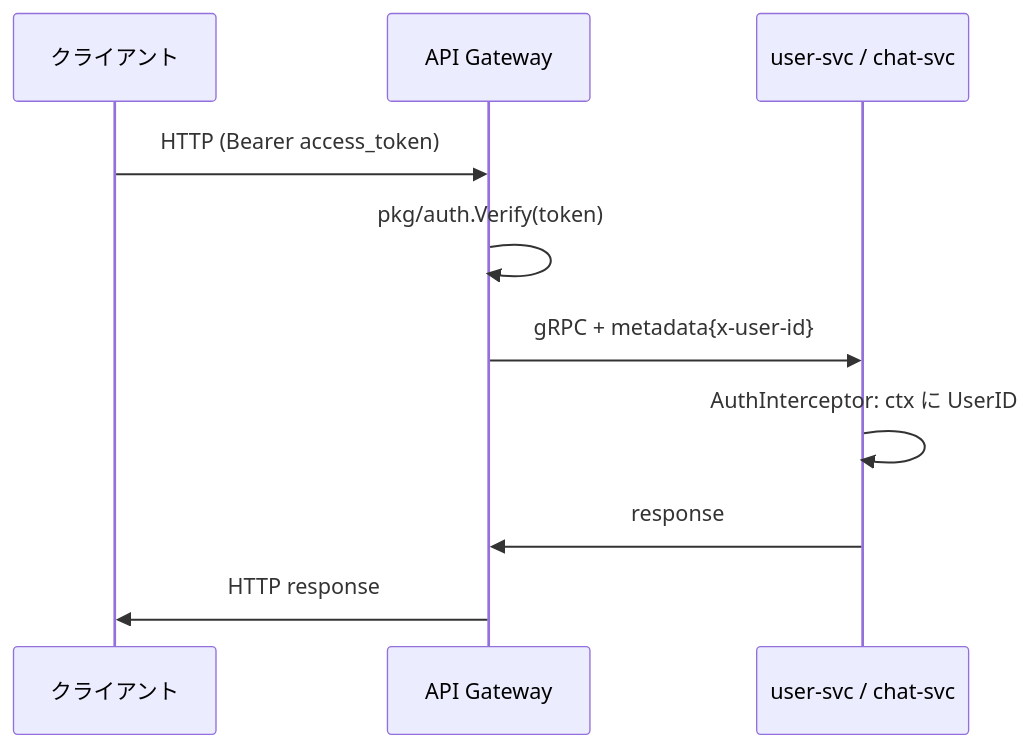
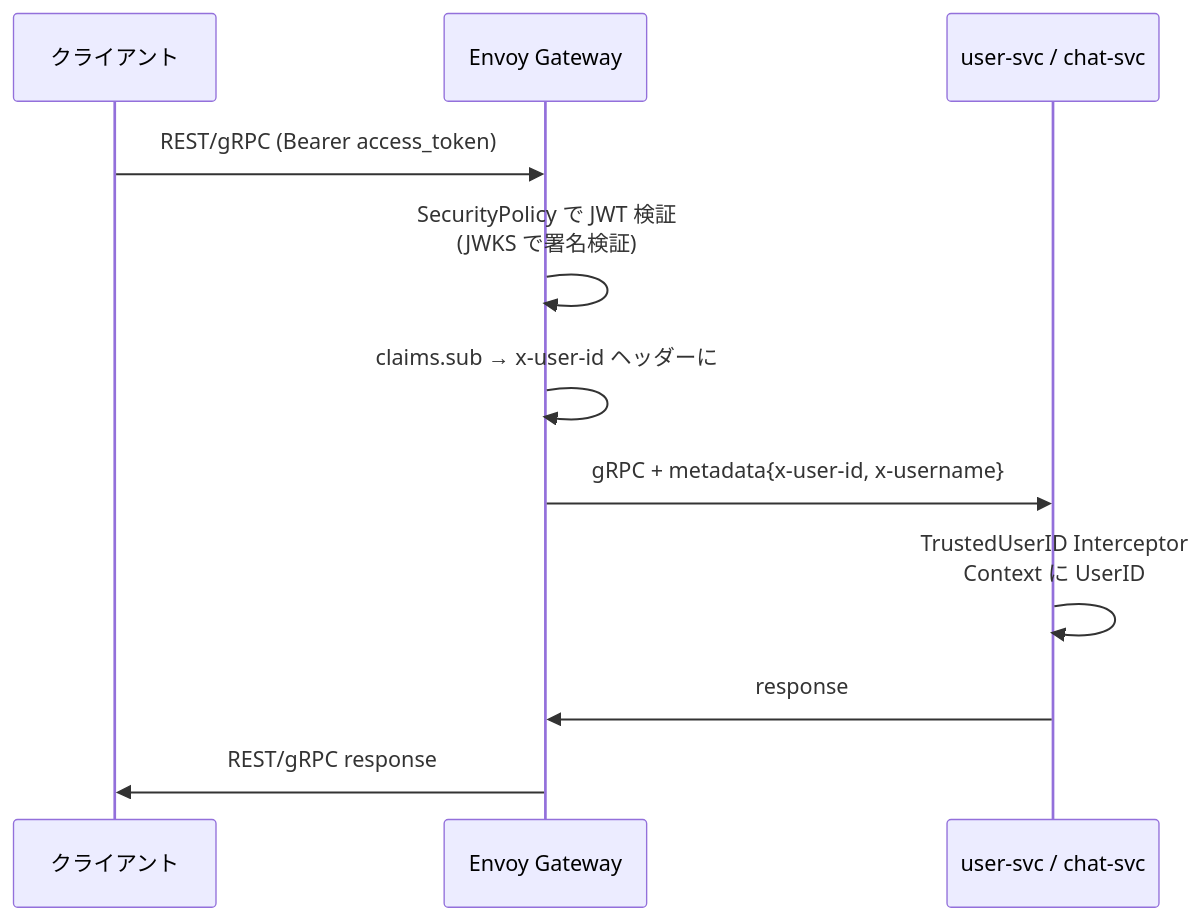
The third of 4 diagrams in docs/architecture/microservices.md (shunto-ishiguro/go-microservices-chat), drawn with Mermaid before and after one commit. The commit also changed other lines of this file and 3 other files, not shown here.

First line of the commit message:
docs(architecture): Envoy Gateway + K8s 前提に全面更新

````diff
--- a/docs/architecture/microservices.md
+++ b/docs/architecture/microservices.md
@@ -198,13 +176,14 @@
 ```mermaid
 sequenceDiagram
     participant C as クライアント
-    participant GW as API Gateway
+    participant EG as Envoy Gateway
     participant Svc as user-svc / chat-svc
 
-    C->>GW: HTTP (Bearer access_token)
-    GW->>GW: pkg/auth.Verify(token)
-    GW->>Svc: gRPC + metadata{x-user-id}
-    Svc->>Svc: AuthInterceptor: ctx に UserID
-    Svc->>GW: response
-    GW->>C: HTTP response
+    C->>EG: REST/gRPC (Bearer access_token)
+    EG->>EG: SecurityPolicy で JWT 検証<br/>(JWKS で署名検証)
+    EG->>EG: claims.sub → x-user-id ヘッダーに
+    EG->>Svc: gRPC + metadata{x-user-id, x-username}
+    Svc->>Svc: TrustedUserID Interceptor<br/>Context に UserID
+    Svc->>EG: response
+    EG->>C: REST/gRPC response
 ```
````
